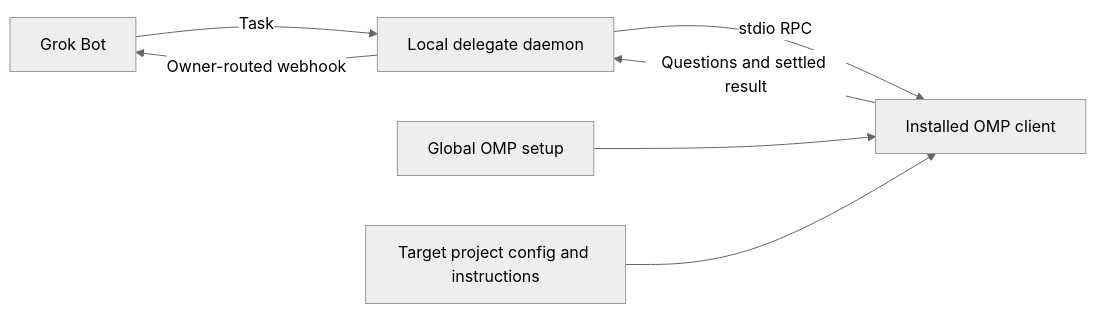
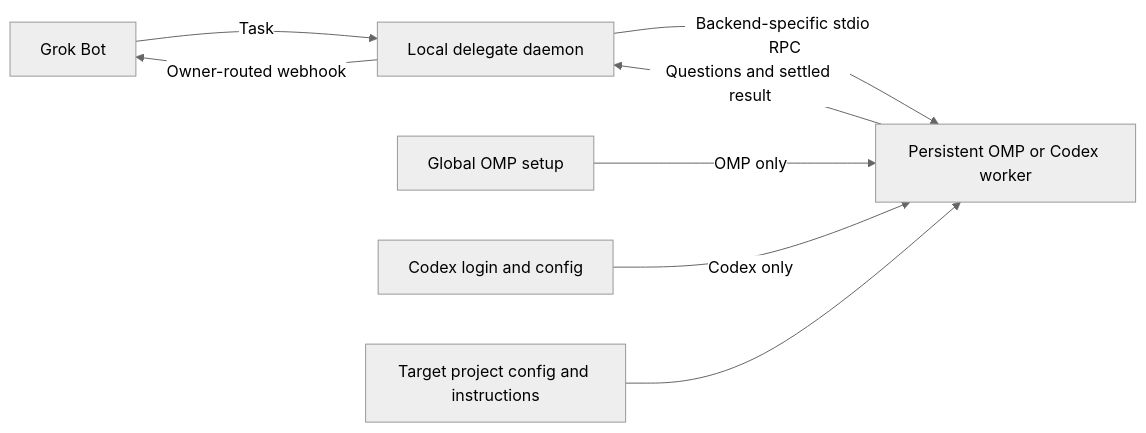
Before and after one commit to solomonyan/bot-omp-delegate: the diagram in README.md, drawn with Mermaid (neutral theme). The commit also changed other lines of this file and 9 other files, not shown here.

First line of the commit message:
feat: add persistent Codex app-server backend (#9)

````diff
--- a/README.md
+++ b/README.md
@@ -52,9 +52,10 @@
 ```mermaid
 flowchart LR
     A[Grok Bot] -->|Task| B[Local delegate daemon]
-    B -->|stdio RPC| C[Installed OMP client]
-    D[Global OMP setup] --> C
+    B -->|Backend-specific stdio RPC| C[Persistent OMP or Codex worker]
+    D[Global OMP setup] -->|OMP only| C
+    F[Codex login and config] -->|Codex only| C
     E[Target project config and instructions] --> C
     C -->|Questions and settled result| B
     B -->|Owner-routed webhook| A
 ```
````
